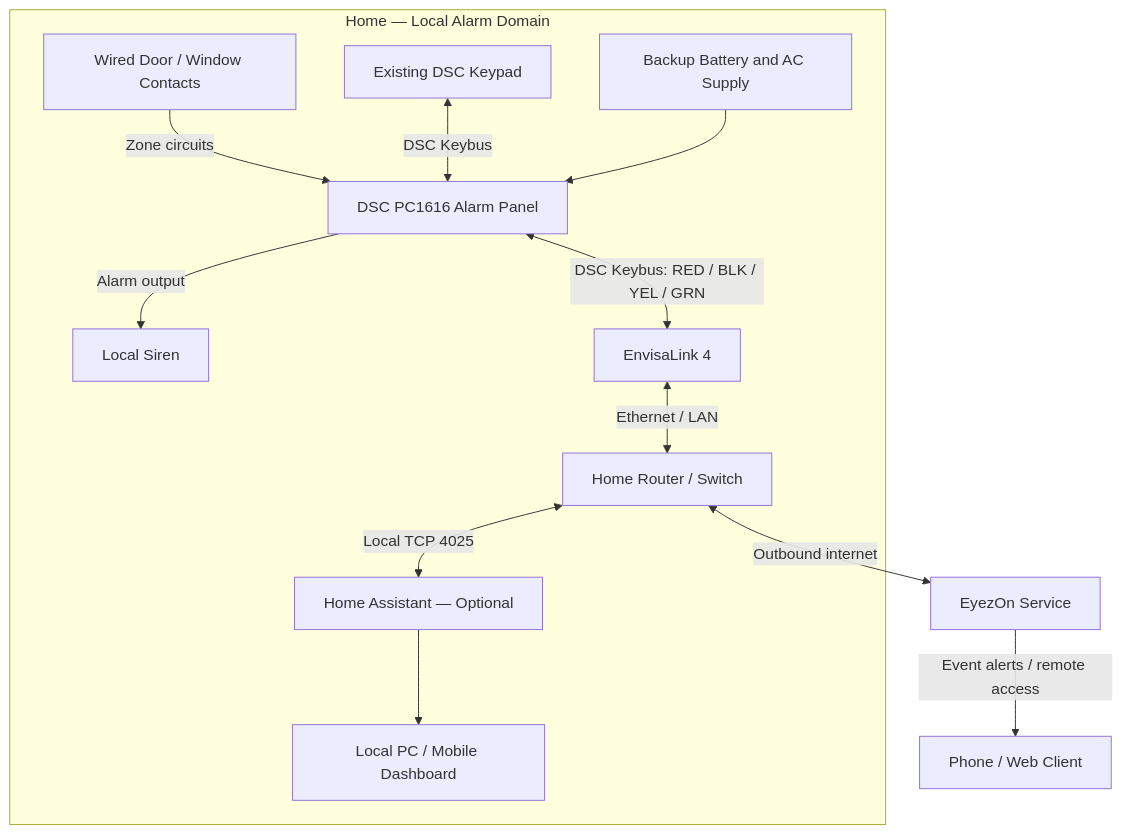
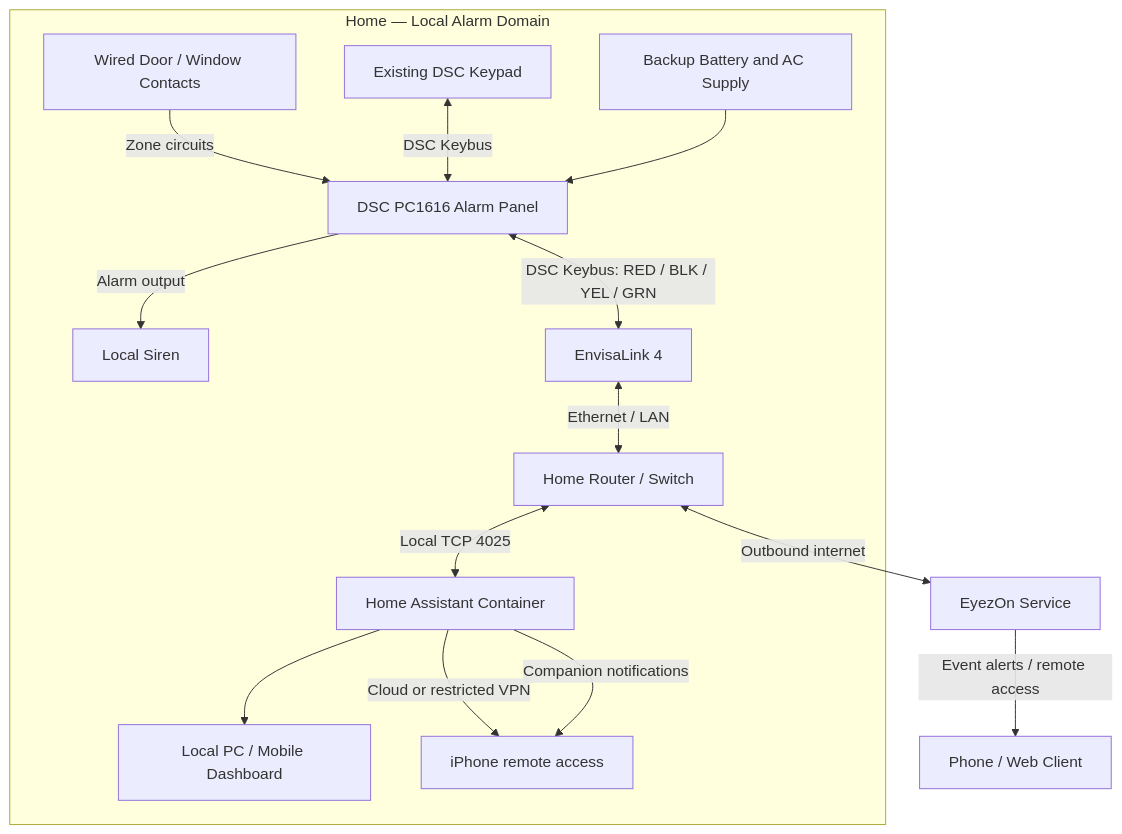
One commit to ABanj0/home-security-alarm changed the diagram in HLD.md. Above: the diagram before and after it, drawn with Mermaid. The commit also changed other lines of this file and 28 other files, not shown here.

Commit message:
Add disconnected Home Assistant bootstrap and validation workflow

````diff
--- a/HLD.md
+++ b/HLD.md
@@ -60,15 +68,17 @@
 ```mermaid
 flowchart TB
     subgraph HOME[Home — Local Alarm Domain]
         S[Wired Door / Window Contacts] -->|Zone circuits| P[DSC PC1616 Alarm Panel]
         K[Existing DSC Keypad] <-->|DSC Keybus| P
         P -->|Alarm output| A[Local Siren]
         B[Backup Battery and AC Supply] --> P
         P <-->|DSC Keybus: RED / BLK / YEL / GRN| E[EnvisaLink 4]
         E <-->|Ethernet / LAN| R[Home Router / Switch]
-        R <-->|Local TCP 4025| H[Home Assistant — Optional]
+        R <-->|Local TCP 4025| H[Home Assistant Container]
         H --> D[Local PC / Mobile Dashboard]
+        H -->|Cloud or restricted VPN| I[iPhone remote access]
+        H -->|Companion notifications| I
     end
     R <-->|Outbound internet| C[EyezOn Service]
     C -->|Event alerts / remote access| M[Phone / Web Client]
 ```
````
